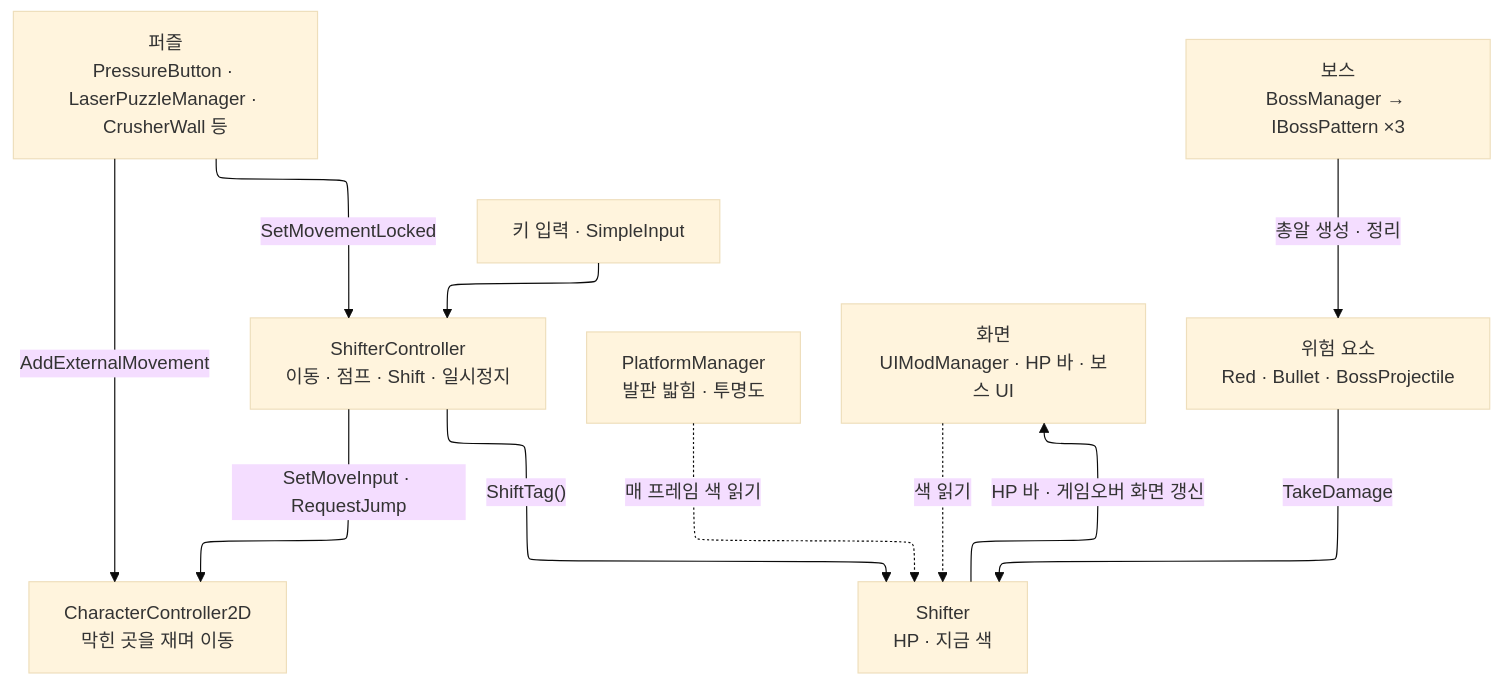
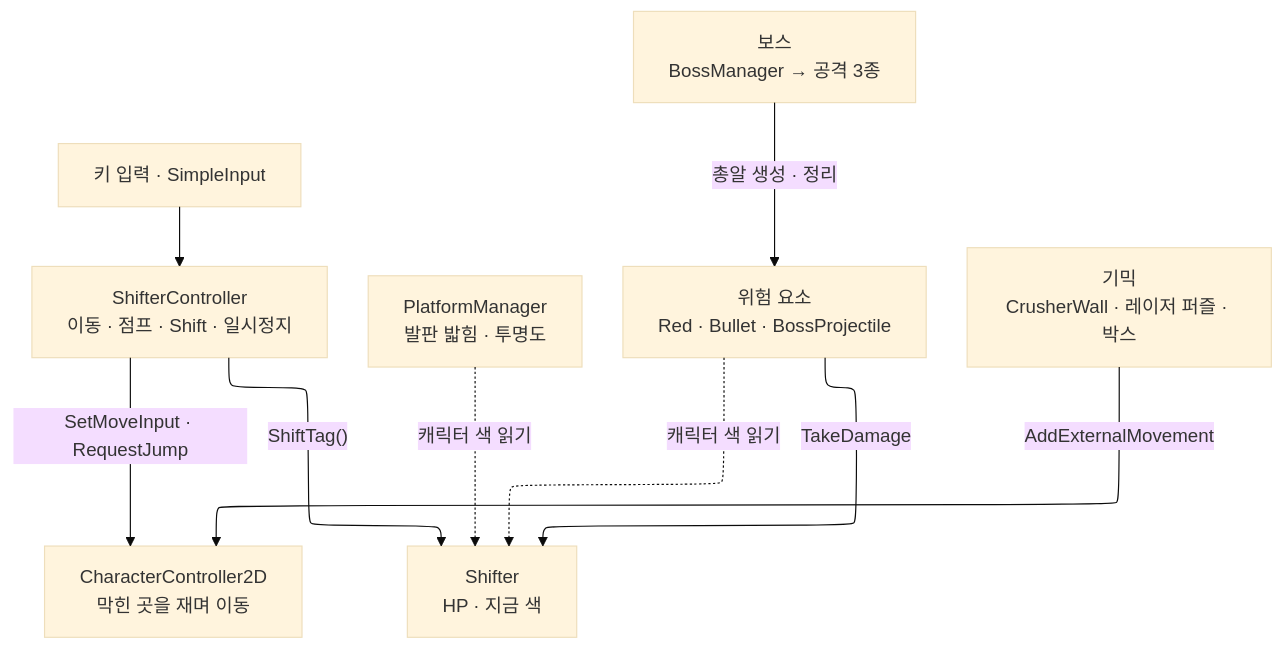
One commit to krKooHoo/portfolio-template changed the second of 4 diagrams in src/Shifter/Shifter_기술문서.md. Above: the diagram before and after it, drawn with Mermaid (base theme). The commit also changed other lines of this file and 132 other files, not shown here.

````diff
--- a/src/Shifter/Shifter_기술문서.md
+++ b/src/Shifter/Shifter_기술문서.md
@@ -165,24 +88,21 @@
 ```mermaid
 %%{init: {"layout": "elk"}}%%
 flowchart TB
     IN["키 입력 · SimpleInput"]
     PC["ShifterController<br/>이동 · 점프 · Shift · 일시정지"]
     CC["CharacterController2D<br/>막힌 곳을 재며 이동"]
     SH["Shifter<br/>HP · 지금 색"]
     PM["PlatformManager<br/>발판 밟힘 · 투명도"]
-    UI["화면<br/>UIModManager · HP 바 · 보스 UI"]
     HZ["위험 요소<br/>Red · Bullet · BossProjectile"]
-    PZ["퍼즐<br/>PressureButton · LaserPuzzleManager · CrusherWall 등"]
-    BS["보스<br/>BossManager → IBossPattern ×3"]
+    PZ["기믹<br/>CrusherWall · 레이저 퍼즐 · 박스"]
+    BS["보스<br/>BossManager → 공격 3종"]
 
     IN --> PC
     PC -->|"SetMoveInput · RequestJump"| CC
     PC -->|"ShiftTag()"| SH
-    PM -.->|"매 프레임 색 읽기"| SH
-    UI -.->|"색 읽기"| SH
-    SH -->|"HP 바 · 게임오버 화면 갱신"| UI
+    PM -.->|"캐릭터 색 읽기"| SH
     HZ -->|"TakeDamage"| SH
-    PZ -->|"SetMovementLocked"| PC
+    HZ -.->|"캐릭터 색 읽기"| SH
     PZ -->|"AddExternalMovement"| CC
     BS -->|"총알 생성 · 정리"| HZ
 ```
````
